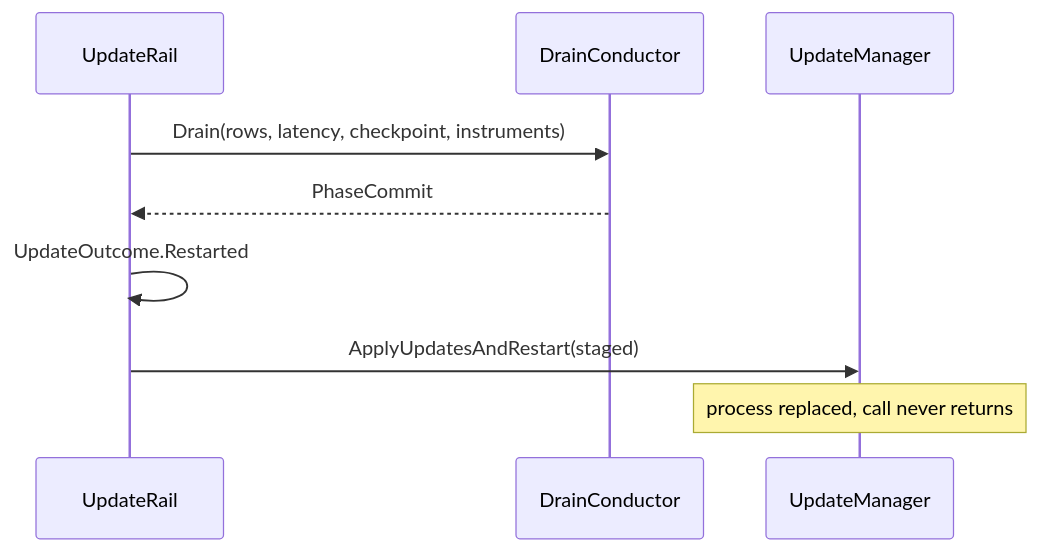
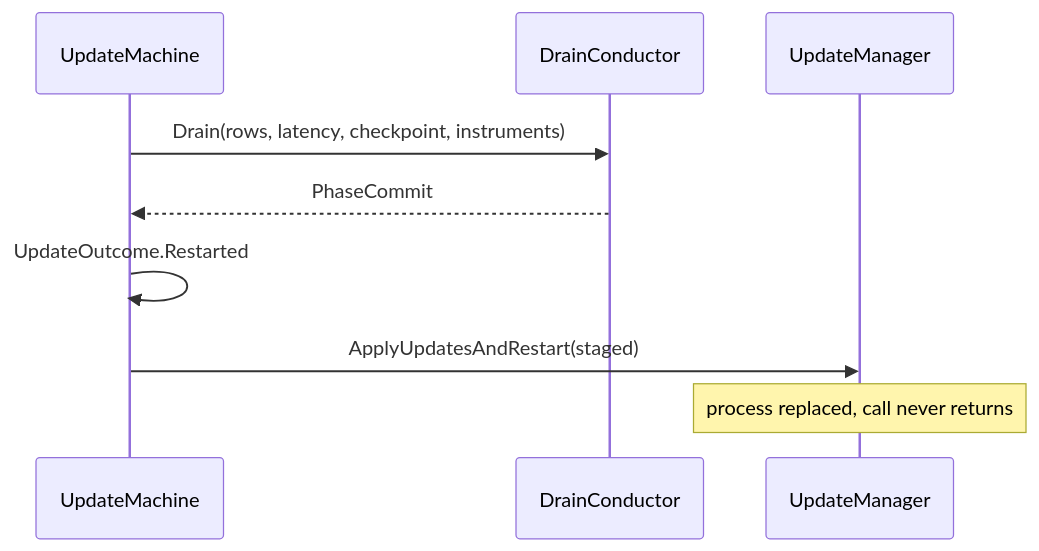
Before and after one commit to bsamiee/Rasm: the second of 2 diagrams in libs/dotnet/Rasm.AppHost/.planning/Sandbox/provisioning.md, drawn with Mermaid. The commit also changed other lines of this file and 1997 other files, not shown here.

````diff
--- a/libs/dotnet/Rasm.AppHost/.planning/Sandbox/provisioning.md
+++ b/libs/dotnet/Rasm.AppHost/.planning/Sandbox/provisioning.md
@@ -377,13 +377,13 @@
 ```mermaid
 sequenceDiagram
     accTitle: Drain-gated restart handoff
-    accDescr: UpdateRail drains the node, seals the latency ledger, records rollover, and hands restart to Velopack.
-    participant Rail as UpdateRail
+    accDescr: UpdateMachine drains the node, seals the latency ledger, records rollover, and hands restart to Velopack.
+    participant Machine as UpdateMachine
     participant Drain as DrainConductor
     participant Velopack as UpdateManager
-    Rail->>Drain: Drain(rows, latency, checkpoint, instruments)
-    Drain-->>Rail: PhaseCommit
-    Rail->>Rail: UpdateOutcome.Restarted
-    Rail->>Velopack: ApplyUpdatesAndRestart(staged)
+    Machine->>Drain: Drain(rows, latency, checkpoint, instruments)
+    Drain-->>Machine: PhaseCommit
+    Machine->>Machine: UpdateOutcome.Restarted
+    Machine->>Velopack: ApplyUpdatesAndRestart(staged)
     Note over Velopack: process replaced, call never returns
 ```
````
